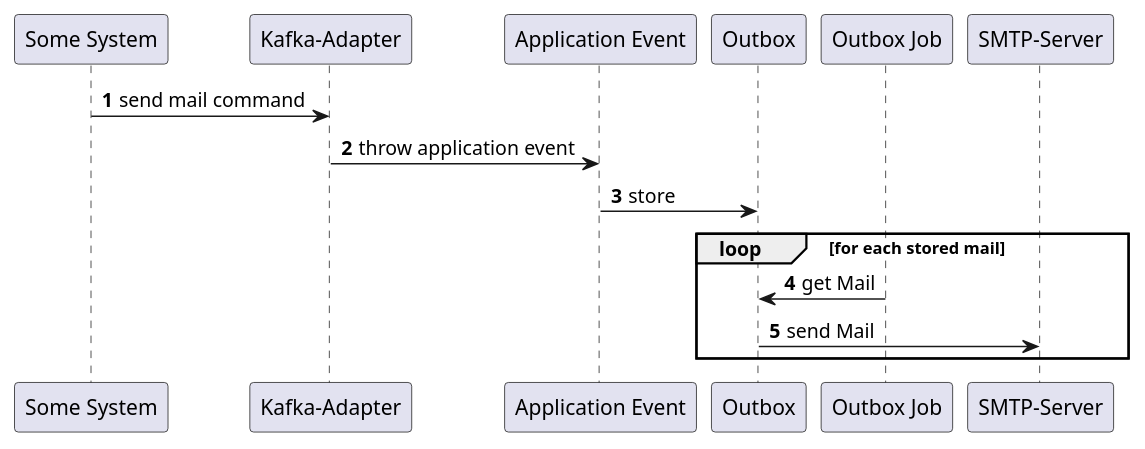
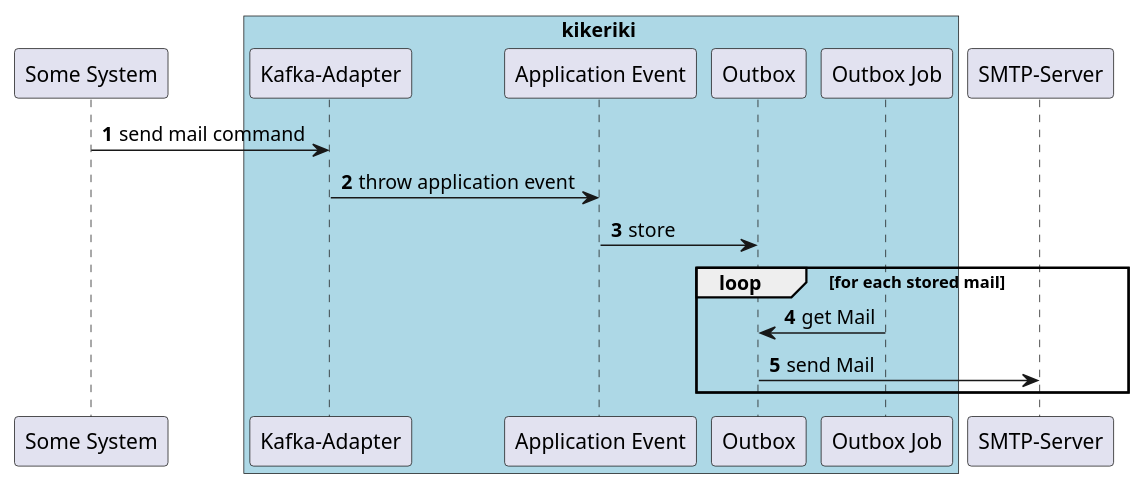
The second of 4 diagrams in src/main/jbake/content/documentation/arc42/src/06_runtime_view.adoc (dancier/documentation), drawn with PlantUML before and after one commit. The commit also changed other lines of this file, not shown here.

```diff
--- a/src/main/jbake/content/documentation/arc42/src/06_runtime_view.adoc
+++ b/src/main/jbake/content/documentation/arc42/src/06_runtime_view.adoc
@@ -33,23 +33,26 @@
 [plantuml, send-mail-kikeriki, svg]
 ....
 @startuml
 
 autonumber
 
 participant "Some System" as ss
+box kikeriki #LightBlue
 participant "Kafka-Adapter" as ka
 participant "Application Event" as ae
 participant "Outbox"
 participant "Outbox Job" as oj
+end box
 participant "SMTP-Server" as smtp
 
 ss -> ka: send mail command
 ka -> ae : throw application event
 ae -> Outbox: store
 
 loop for each stored mail
   oj -> Outbox : get Mail
   Outbox -> smtp : send Mail
 end
+
 @enduml
 ....
```
